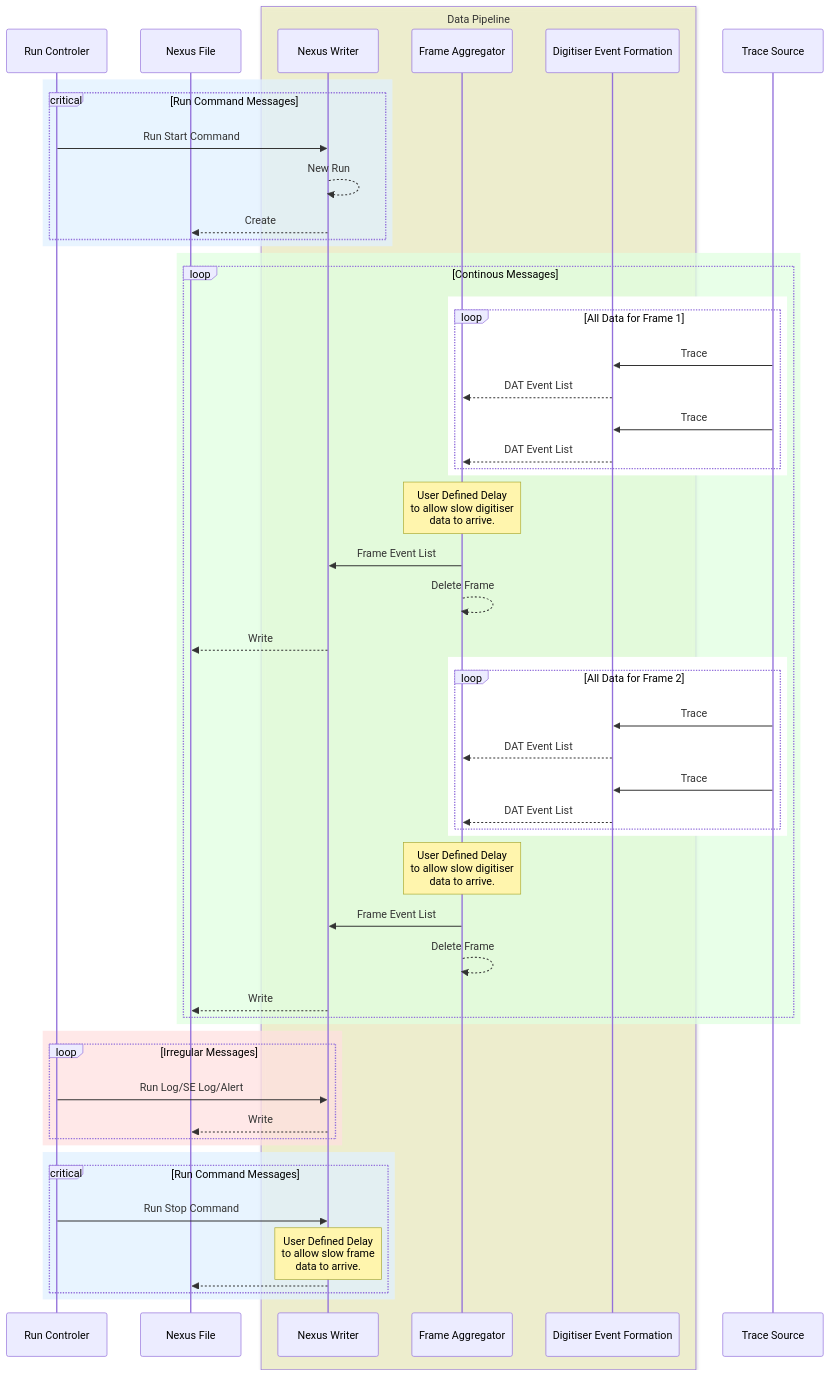
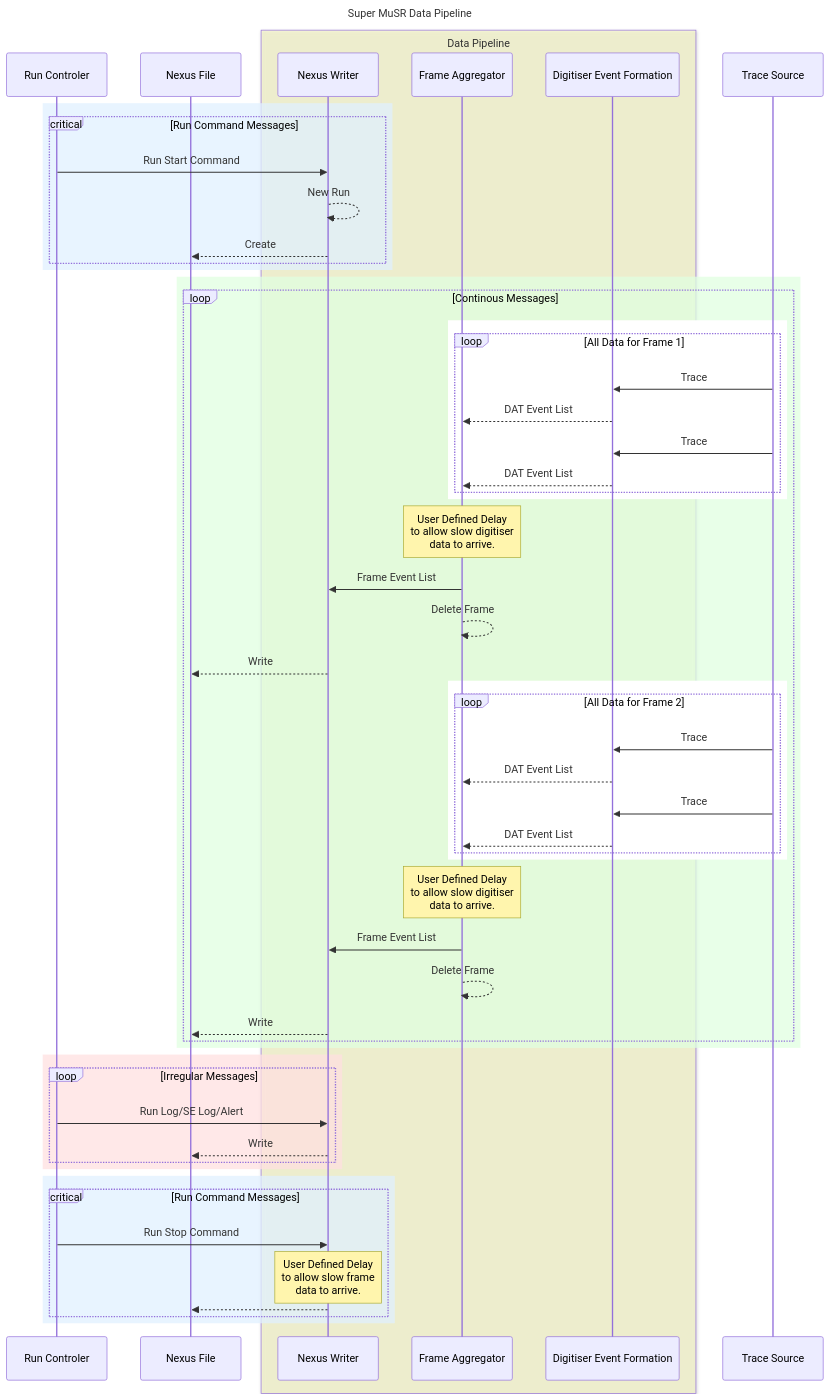
The diagram in docs/dataflow.md (Modularius/supermusr-data-pipeline), drawn with Mermaid before and after one commit. The commit also changed other lines of this file, not shown here.

````diff
--- a/docs/dataflow.md
+++ b/docs/dataflow.md
@@ -10,64 +1,66 @@
 ```mermaid
+---
+title: Super MuSR Data Pipeline
+---
 sequenceDiagram
 participant C as Run Controler
 participant X as Nexus File
-box rgba(256,256,192,.5) Data Pipeline
+box rgba(255,255,192,.5) Data Pipeline
     participant W as Nexus Writer
     participant A as Frame Aggregator
     participant E as Digitiser Event Formation
 end
 participant T as Trace Source
 
 rect rgba(224,240,255,0.75)
     critical Run Command Messages
         C ->> W: Run Start Command
         W -->> W: New Run
         W -->> X: Create
     end
 end
 
 rect rgba(224,255,224,.75)
     loop Continous Messages
         rect rgba(255,255,255,1)
             loop All Data for Frame 1
                 T ->> E: Trace
                 E -->> A: DAT Event List
                 T ->> E: Trace
                 E -->> A: DAT Event List
             end
         end
         note over A: User Defined Delay<br/>to allow slow digitiser<br/>data to arrive.
         A ->> W: Frame Event List
         A -->> A: Delete Frame
         W -->> X: Write
         rect rgba(255,255,255,1)
             loop All Data for Frame 2
                 T ->> E: Trace
                 E -->> A: DAT Event List
                 T ->> E: Trace
                 E -->> A: DAT Event List
             end
         end
         note over A: User Defined Delay<br/>to allow slow digitiser<br/>data to arrive.
         A ->> W: Frame Event List
         A -->> A: Delete Frame
         W -->> X: Write
     end
 end
 
 rect rgba(256,224,224,.75)
     loop Irregular Messages
         C ->> W: Run Log/SE Log/Alert
         W -->> X: Write
     end
 end
 
 rect rgba(224,240,255,0.75)
     critical Run Command Messages
     C ->> W: Run Stop Command
         note over W: User Defined Delay<br/>to allow slow frame<br/>data to arrive.
     W -->> X: 
     end
 end
-
 ```
````
